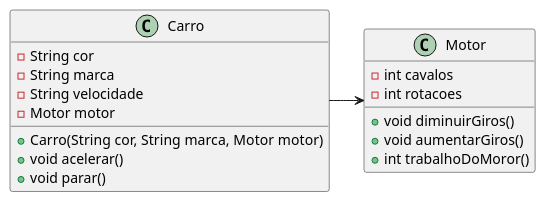
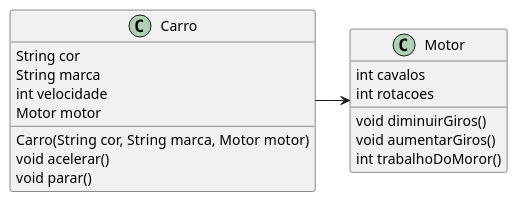
The first of 3 diagrams in src/posts/07_associacoes.md (2025-ifba-saj-inf-poo/blog), drawn with PlantUML before and after one commit. The commit also changed 5 other files, not shown here.

````diff
--- a/src/posts/07_associacoes.md
+++ b/src/posts/07_associacoes.md
@@ -22,24 +22,24 @@
 ```plantuml {kroki}
 @startuml
 
 class Carro{
-    - String cor
-    - String marca
-    - String velocidade
-    - Motor motor
-    + Carro(String cor, String marca, Motor motor)
-    + void acelerar()
-    + void parar()
+    String cor
+    String marca
+    int velocidade
+    Motor motor
+    Carro(String cor, String marca, Motor motor)
+    void acelerar()
+    void parar()
 }
 
 class Motor{
-    - int cavalos
-    - int rotacoes
-    + void diminuirGiros()
-    + void aumentarGiros()
-    + int trabalhoDoMoror()
+    int cavalos
+    int rotacoes
+    void diminuirGiros()
+    void aumentarGiros()
+    int trabalhoDoMoror()
 }
 
 Carro -> Motor 
 @enduml
 ```
````
